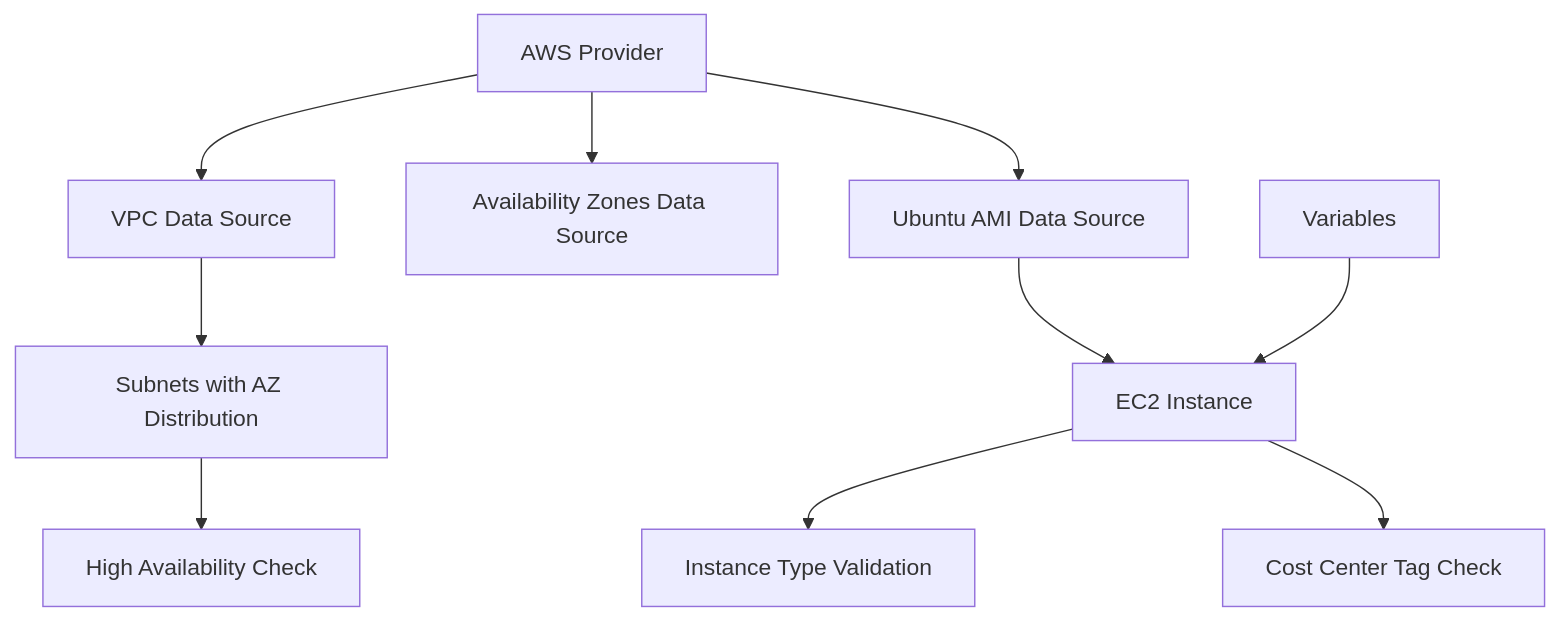
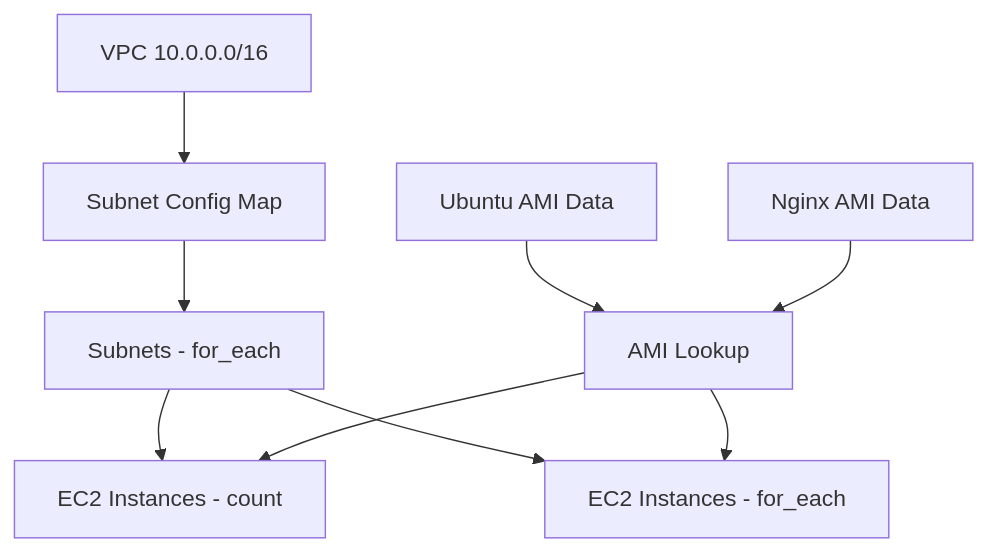
The first of 2 diagrams in README.md (ramshukla67/terraform-course), drawn with Mermaid before and after one commit. The commit also changed other lines of this file, not shown here.

````diff
--- a/README.md
+++ b/README.md
@@ -43,12 +49,11 @@
 ```mermaid
 graph TD
-    A[AWS Provider] --> B[VPC Data Source]
-    A --> C[Availability Zones Data Source]
-    B --> D[Subnets with AZ Distribution]
-    D --> E[High Availability Check]
-    A --> F[Ubuntu AMI Data Source]
-    F --> G[EC2 Instance]
-    G --> H[Instance Type Validation]
-    G --> I[Cost Center Tag Check]
-    J[Variables] --> G
+    A[VPC 10.0.0.0/16] --> B[Subnet Config Map]
+    B --> C[Subnets - for_each]
+    C --> D[EC2 Instances - count]
+    C --> E[EC2 Instances - for_each]
+    F[Ubuntu AMI Data] --> G[AMI Lookup]
+    H[Nginx AMI Data] --> G
+    G --> D
+    G --> E
 ```
````
